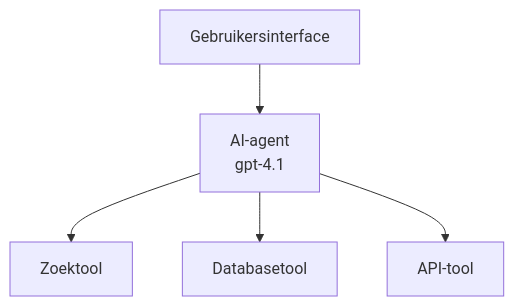
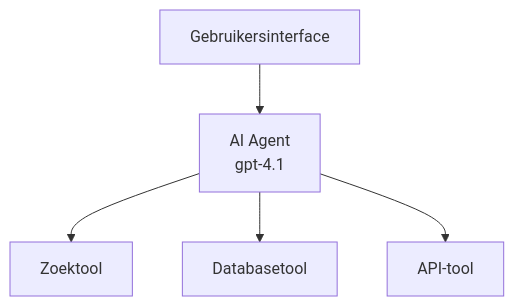
Before and after one commit to microsoft/AZD-for-beginners: the first of 3 diagrams in translations/nl/docs/chapter-02-ai-development/agents.md, drawn with Mermaid. The commit also changed other lines of this file and 61 other files, not shown here.

````diff
--- a/translations/nl/docs/chapter-02-ai-development/agents.md
+++ b/translations/nl/docs/chapter-02-ai-development/agents.md
@@ -162,7 +162,7 @@
 ```mermaid
 graph TD
-    UI[Gebruikersinterface] --> Agent[AI-agent<br/>gpt-4.1]
+    UI[Gebruikersinterface] --> Agent[AI Agent<br/>gpt-4.1]
     Agent --> Search[Zoektool]
     Agent --> Database[Databasetool]
     Agent --> API[API-tool]
 ```
````
